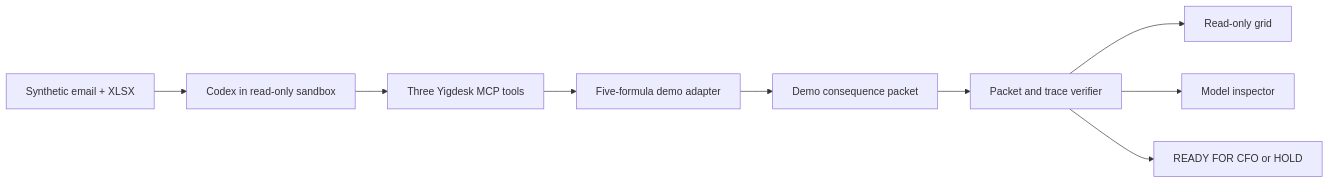
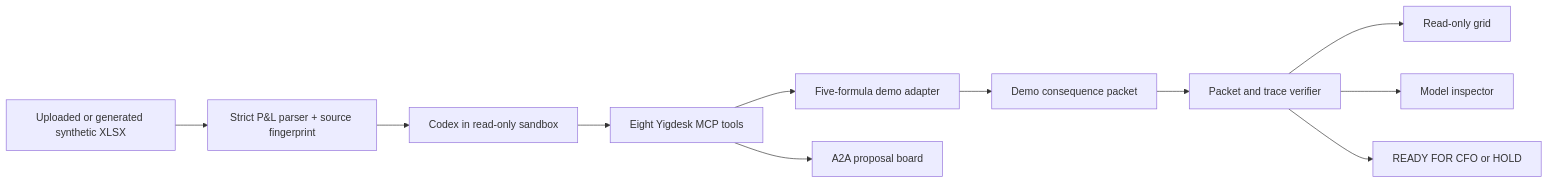
One commit to Henghenggao/yigdesk changed the diagram in docs/ARCHITECTURE.md. Above: the diagram before and after it, drawn with Mermaid. The commit also changed other lines of this file and 45 other files, not shown here.

```diff
--- a/docs/ARCHITECTURE.md
+++ b/docs/ARCHITECTURE.md
@@ -42,11 +55,13 @@
 ~~~mermaid
 flowchart LR
-    E["Synthetic email + XLSX"] --> C["Codex in read-only sandbox"]
-    C --> M["Three Yigdesk MCP tools"]
+    E["Uploaded or generated synthetic XLSX"] --> X["Strict P&L parser + source fingerprint"]
+    X --> C["Codex in read-only sandbox"]
+    C --> M["Eight Yigdesk MCP tools"]
     M --> A["Five-formula demo adapter"]
     A --> P["Demo consequence packet"]
     P --> V["Packet and trace verifier"]
     V --> G["Read-only grid"]
     V --> I["Model inspector"]
     V --> H["READY FOR CFO or HOLD"]
+    M --> B["A2A proposal board"]
 ~~~
```
